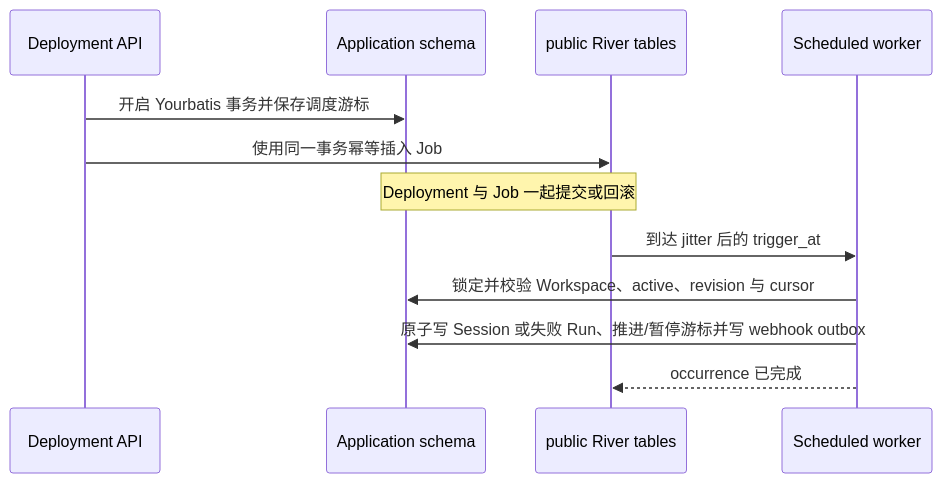
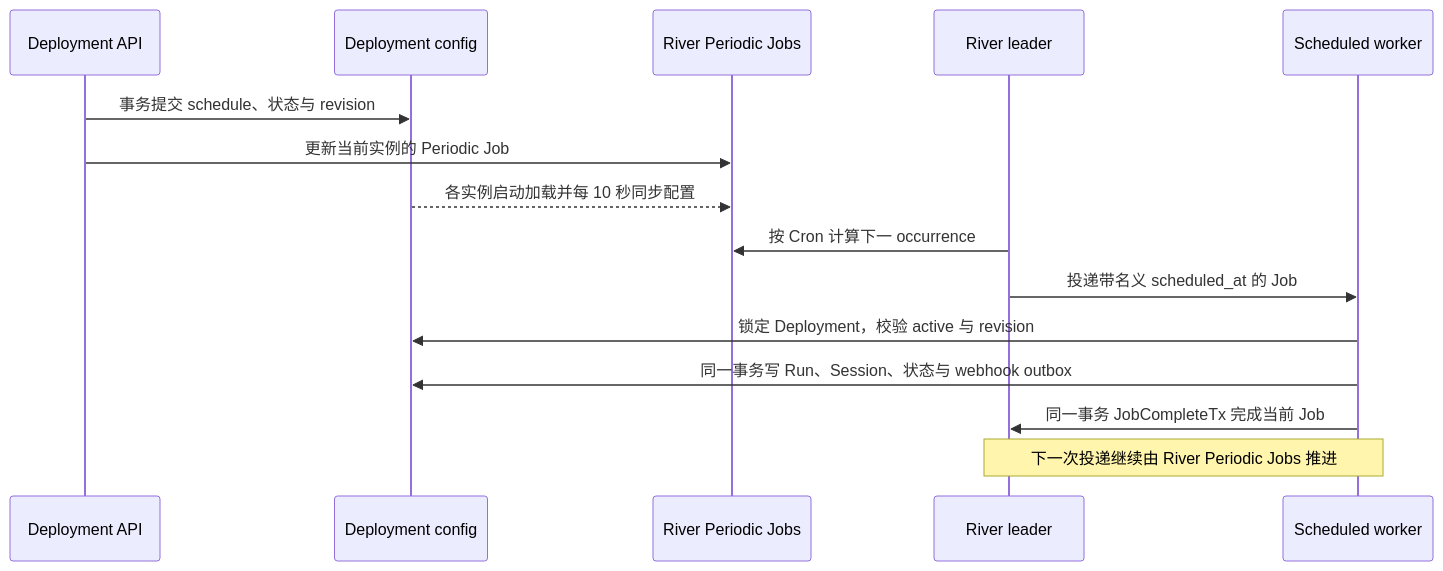
Before and after one commit to superduck-ai/open-managed-agents: the diagram in docs/design/be/deployments-api-contract.md, drawn with Mermaid. The commit also changed other lines of this file and 19 other files, not shown here.

Commit message:
refactor(deployments): use River periodic jobs

````diff
--- a/docs/design/be/deployments-api-contract.md
+++ b/docs/design/be/deployments-api-contract.md
@@ -67,15 +71,18 @@
 ```mermaid
 sequenceDiagram
     participant API as Deployment API
-    participant AppDB as Application schema
-    participant River as public River tables
+    participant AppDB as Deployment config
+    participant Registry as River Periodic Jobs
+    participant Leader as River leader
     participant Worker as Scheduled worker
 
-    API->>AppDB: 开启 Yourbatis 事务并保存调度游标
-    API->>River: 使用同一事务幂等插入 Job
-    Note over AppDB,River: Deployment 与 Job 一起提交或回滚
-    River->>Worker: 到达 jitter 后的 trigger_at
-    Worker->>AppDB: 锁定并校验 Workspace、active、revision 与 cursor
-    Worker->>AppDB: 原子写 Session 或失败 Run、推进/暂停游标并写 webhook outbox
-    Worker-->>River: occurrence 已完成
+    API->>AppDB: 事务提交 schedule、状态与 revision
+    API->>Registry: 更新当前实例的 Periodic Job
+    AppDB-->>Registry: 各实例启动加载并每 10 秒同步配置
+    Leader->>Registry: 按 Cron 计算下一 occurrence
+    Leader->>Worker: 投递带名义 scheduled_at 的 Job
+    Worker->>AppDB: 锁定 Deployment，校验 active 与 revision
+    Worker->>AppDB: 同一事务写 Run、Session、状态与 webhook outbox
+    Worker->>Leader: 同一事务 JobCompleteTx 完成当前 Job
+    Note over Leader,Worker: 下一次投递继续由 River Periodic Jobs 推进
 ```
````
